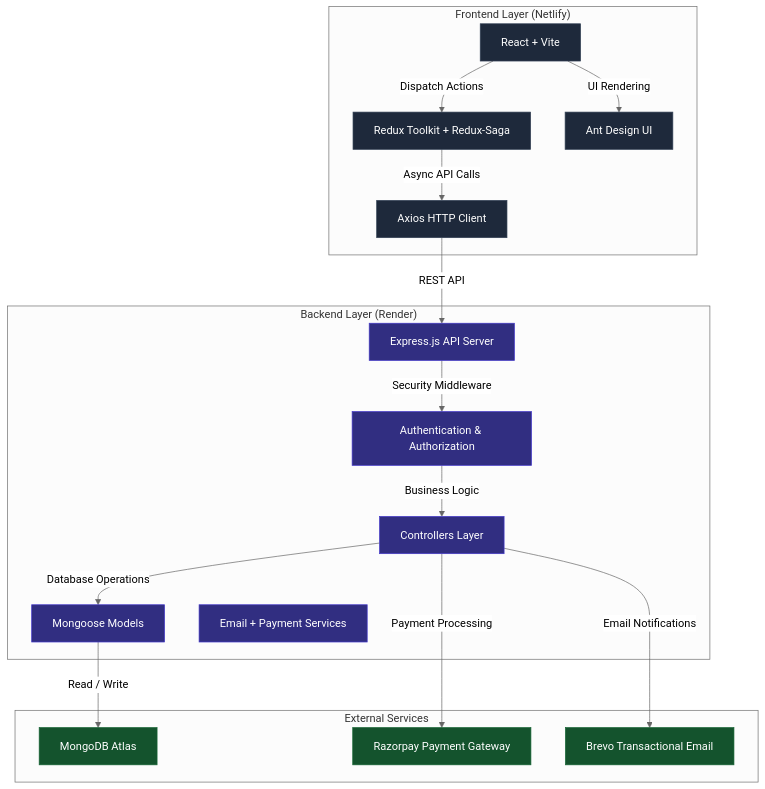
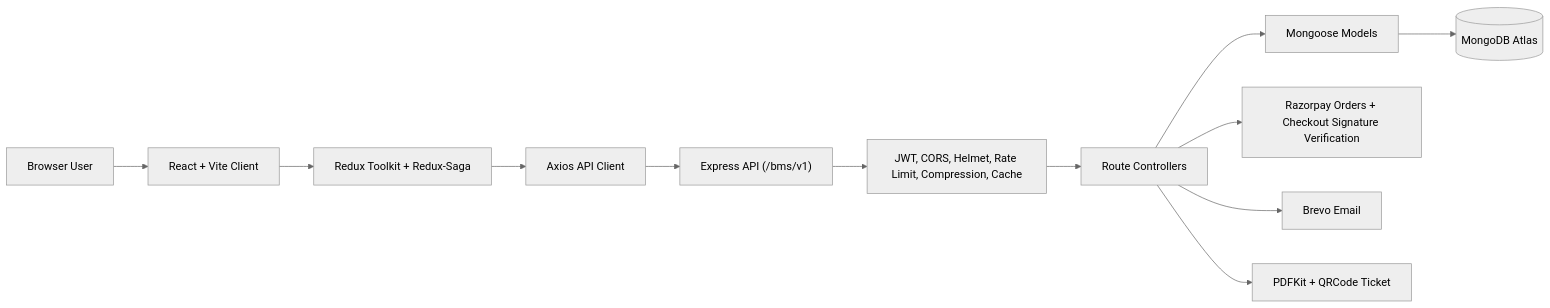
Before and after one commit to Shravan-509/BookMyShow: the first of 2 diagrams in README.md, drawn with Mermaid (neutral theme). The commit also changed other lines of this file and 38 other files, not shown here.

````diff
--- a/README.md
+++ b/README.md
@@ -40,88 +44,14 @@
 ```mermaid
-graph TB
-
-    %% =========================
-    %% Frontend Layer
-    %% =========================
-
-    subgraph Frontend["Frontend Layer (Netlify)"]
-
-        React["React + Vite"]
-        Redux["Redux Toolkit + Redux-Saga"]
-        AntD["Ant Design UI"]
-        Axios["Axios HTTP Client"]
-
-    end
-
-    %% =========================
-    %% Backend Layer
-    %% =========================
-
-    subgraph Backend["Backend Layer (Render)"]
-
-        Express["Express.js API Server"]
-
-        Auth["Authentication & Authorization"]
-
-        Controllers["Controllers Layer"]
-
-        Models["Mongoose Models"]
-
-        Utils["Email + Payment Services"]
-
-    end
-
-    %% =========================
-    %% External Services
-    %% =========================
-
-    subgraph External["External Services"]
-
-        MongoDB["MongoDB Atlas"]
-
-        Razorpay["Razorpay Payment Gateway"]
-
-        EmailService["Brevo Transactional Email"]
-
-    end
-
-    %% =========================
-    %% Frontend Flow
-    %% =========================
-
-    React -->|UI Rendering| AntD
-
-    React -->|Dispatch Actions| Redux
-
-    Redux -->|Async API Calls| Axios
-
-    Axios -->|REST API| Express
-
-    %% =========================
-    %% Backend Flow
-    %% =========================
-
-    Express -->|Security Middleware| Auth
-
-    Auth -->|Business Logic| Controllers
-
-    Controllers -->|Database Operations| Models
-
-    Models -->|Read / Write| MongoDB
-
-    Controllers -->|Payment Processing| Razorpay
-
-    Controllers -->|Email Notifications| EmailService
-
-    %% =========================
-    %% Professional Styling
-    %% =========================
-
-    classDef frontend fill:#1e293b,color:#ffffff,stroke:#334155,stroke-width:1px;
-    classDef backend fill:#312e81,color:#ffffff,stroke:#4338ca,stroke-width:1px;
-    classDef external fill:#14532d,color:#ffffff,stroke:#166534,stroke-width:1px;
-
-    class React,Redux,AntD,Axios frontend;
-    class Express,Auth,Controllers,Models,Utils backend;
-    class MongoDB,Razorpay,EmailService external;
+flowchart LR
+    User["Browser User"] --> Client["React + Vite Client"]
+    Client --> Redux["Redux Toolkit + Redux-Saga"]
+    Redux --> Axios["Axios API Client"]
+    Axios --> API["Express API (/bms/v1)"]
+    API --> Middleware["JWT, CORS, Helmet, Rate Limit, Compression, Cache"]
+    Middleware --> Controllers["Route Controllers"]
+    Controllers --> Models["Mongoose Models"]
+    Models --> Atlas[("MongoDB Atlas")]
+    Controllers --> Razorpay["Razorpay Orders + Checkout Signature Verification"]
+    Controllers --> Brevo["Brevo Email"]
+    Controllers --> PDF["PDFKit + QRCode Ticket"]
 ```
````
